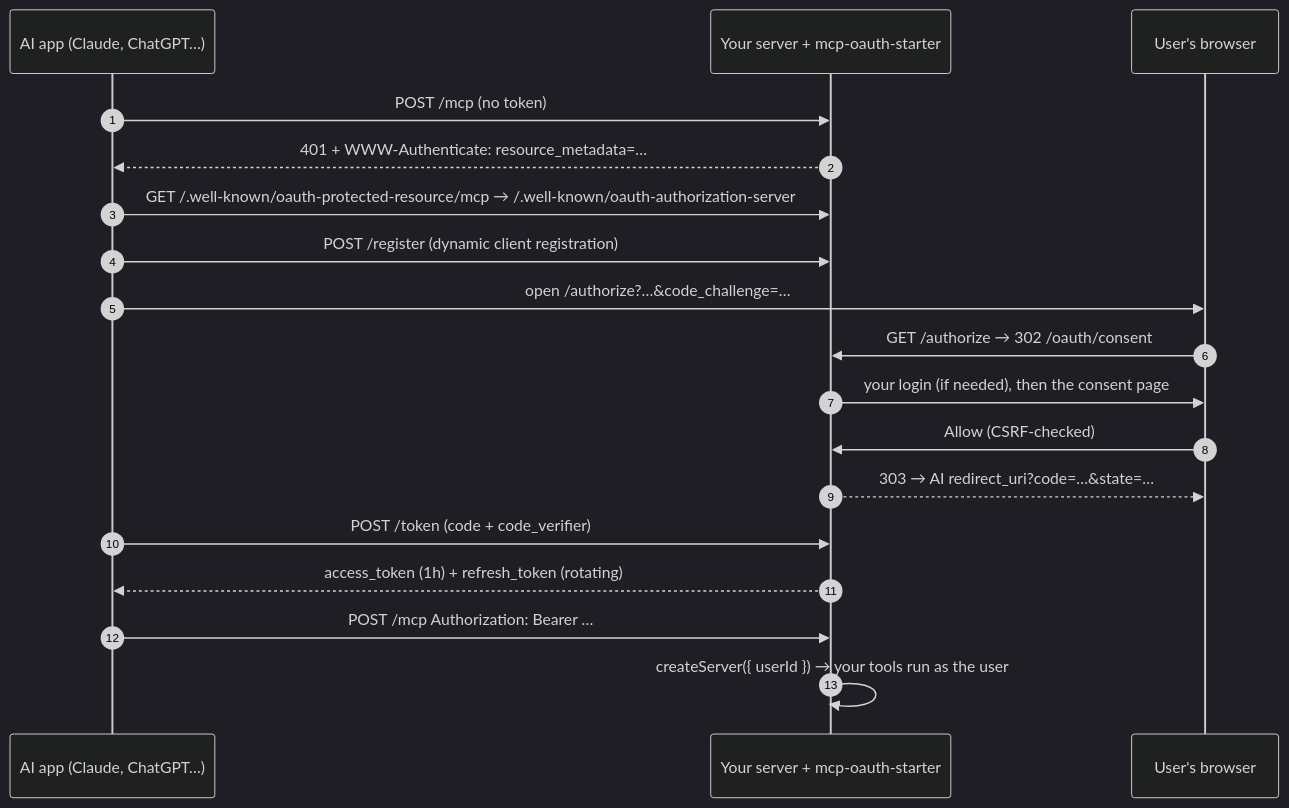
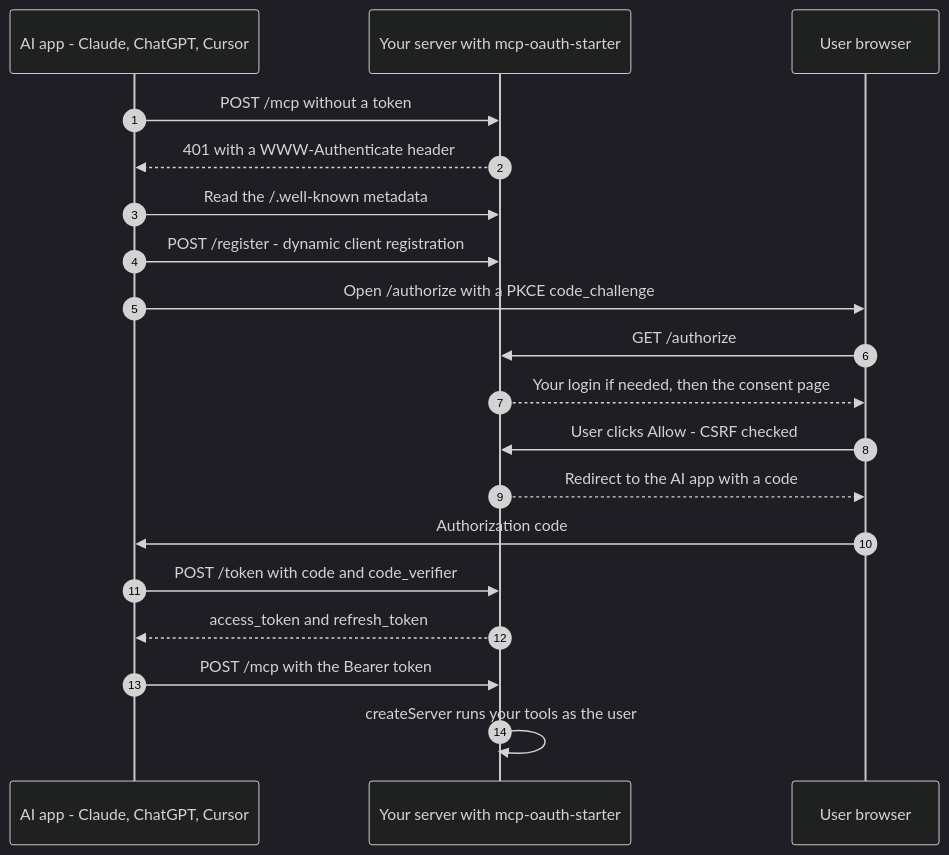
One commit to umesh-saini/mcp-auth-kit changed the diagram in README.md. Above: the diagram before and after it, drawn with Mermaid (dark theme).

Commit message:
Fix the README sequence diagram on GitHub
Mermaid failed on braces, ellipses, arrows and query strings in message
text. Use plain wording; verified with mermaid-cli.

````diff
--- a/README.md
+++ b/README.md
@@ -106,21 +106,22 @@
 ```mermaid
 sequenceDiagram
     autonumber
-    participant AI as AI app (Claude, ChatGPT…)
-    participant Kit as Your server + mcp-oauth-starter
-    participant U as User's browser
+    participant AI as AI app - Claude, ChatGPT, Cursor
+    participant S as Your server with mcp-oauth-starter
+    participant B as User browser
 
-    AI->>Kit: POST /mcp (no token)
-    Kit-->>AI: 401 + WWW-Authenticate: resource_metadata=…
-    AI->>Kit: GET /.well-known/oauth-protected-resource/mcp → /.well-known/oauth-authorization-server
-    AI->>Kit: POST /register (dynamic client registration)
-    AI->>U: open /authorize?…&code_challenge=…
-    U->>Kit: GET /authorize → 302 /oauth/consent
-    Kit->>U: your login (if needed), then the consent page
-    U->>Kit: Allow (CSRF-checked)
-    Kit-->>U: 303 → AI redirect_uri?code=…&state=…
-    AI->>Kit: POST /token (code + code_verifier)
-    Kit-->>AI: access_token (1h) + refresh_token (rotating)
-    AI->>Kit: POST /mcp  Authorization: Bearer …
-    Kit->>Kit: createServer({ userId }) → your tools run as the user
+    AI->>S: POST /mcp without a token
+    S-->>AI: 401 with a WWW-Authenticate header
+    AI->>S: Read the /.well-known metadata
+    AI->>S: POST /register - dynamic client registration
+    AI->>B: Open /authorize with a PKCE code_challenge
+    B->>S: GET /authorize
+    S-->>B: Your login if needed, then the consent page
+    B->>S: User clicks Allow - CSRF checked
+    S-->>B: Redirect to the AI app with a code
+    B->>AI: Authorization code
+    AI->>S: POST /token with code and code_verifier
+    S-->>AI: access_token and refresh_token
+    AI->>S: POST /mcp with the Bearer token
+    S->>S: createServer runs your tools as the user
 ```
````
